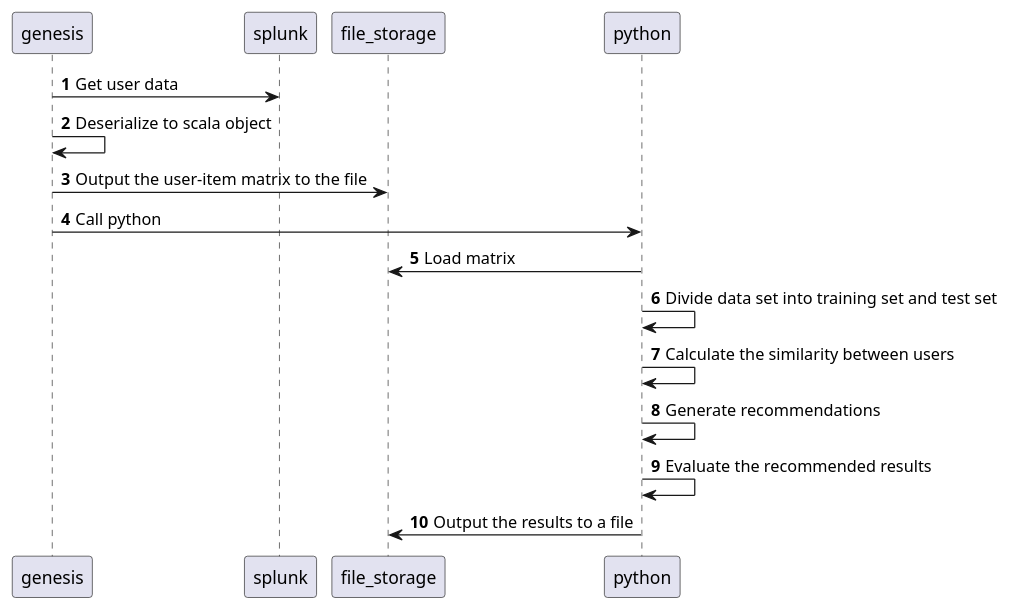
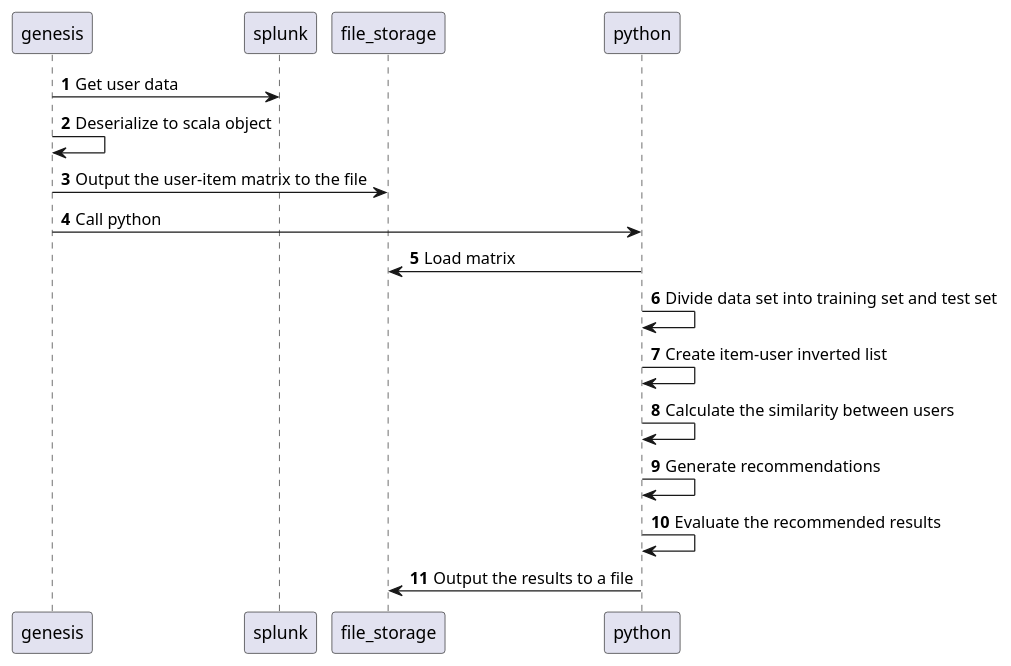
One commit to 873696121/MovieRecommendation changed the diagram in training.puml. Above: the diagram before and after it, drawn with PlantUML. The commit also changed 1 other file, not shown here.

```diff
--- a/training.puml
+++ b/training.puml
@@ -1,19 +1,20 @@
 @startuml
 autonumber
 participant genesis
 participant splunk
 participant file_storage
 participant python
 
 genesis -> splunk: Get user data
 genesis -> genesis: Deserialize to scala object
 genesis -> file_storage: Output the user-item matrix to the file
 genesis -> python : Call python
 python -> file_storage: Load matrix
 python -> python: Divide data set into training set and test set
+python -> python: Create item-user inverted list
 python -> python: Calculate the similarity between users
 python -> python: Generate recommendations
 python -> python: Evaluate the recommended results
 python -> file_storage: Output the results to a file
 
 @enduml
```
